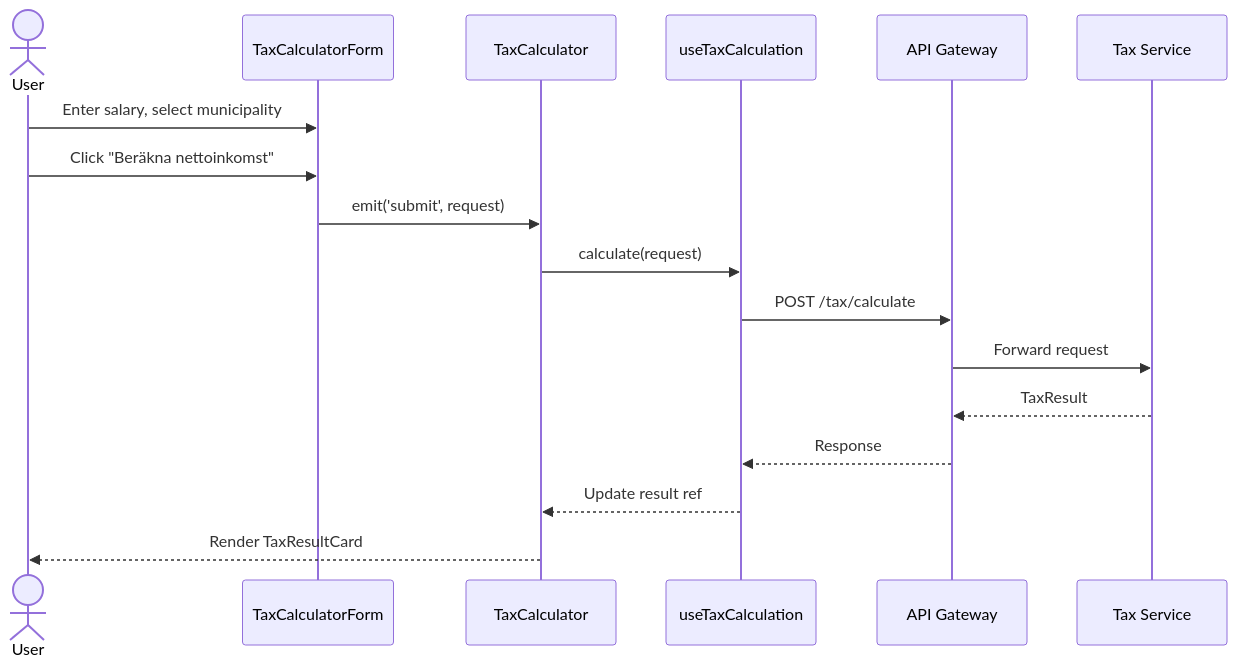
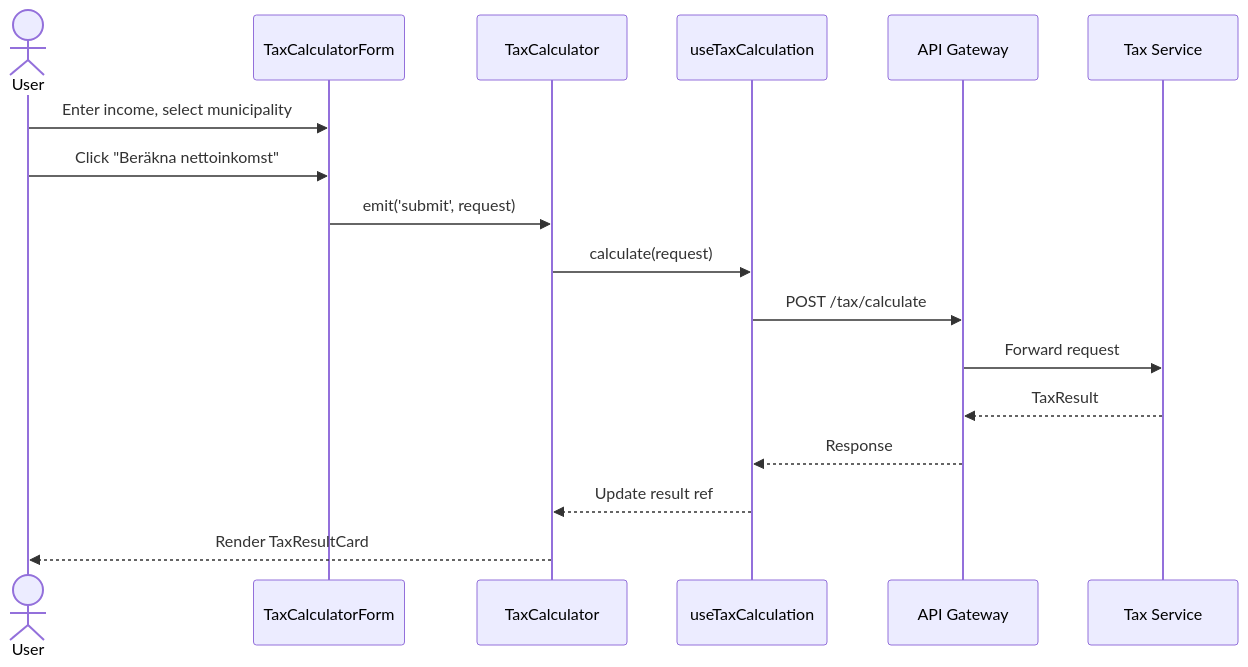
One commit to CarlssonOscar/netto-vue-frontend changed the third of 6 diagrams in docs/system-overview.md. Above: the diagram before and after it, drawn with Mermaid. The commit also changed other lines of this file and 7 other files, not shown here.

First line of the commit message:
Refactor: switch from salary to income terminology

````diff
--- a/docs/system-overview.md
+++ b/docs/system-overview.md
@@ -170,20 +170,20 @@
 ```mermaid
 sequenceDiagram
     actor User
     participant Form as TaxCalculatorForm
     participant Calc as TaxCalculator
     participant Composable as useTaxCalculation
     participant API as API Gateway
     participant Backend as Tax Service
     
-    User->>Form: Enter salary, select municipality
+    User->>Form: Enter income, select municipality
     User->>Form: Click "Beräkna nettoinkomst"
     Form->>Calc: emit('submit', request)
     Calc->>Composable: calculate(request)
     Composable->>API: POST /tax/calculate
     API->>Backend: Forward request
     Backend-->>API: TaxResult
     API-->>Composable: Response
     Composable-->>Calc: Update result ref
     Calc-->>User: Render TaxResultCard
 ```
````
